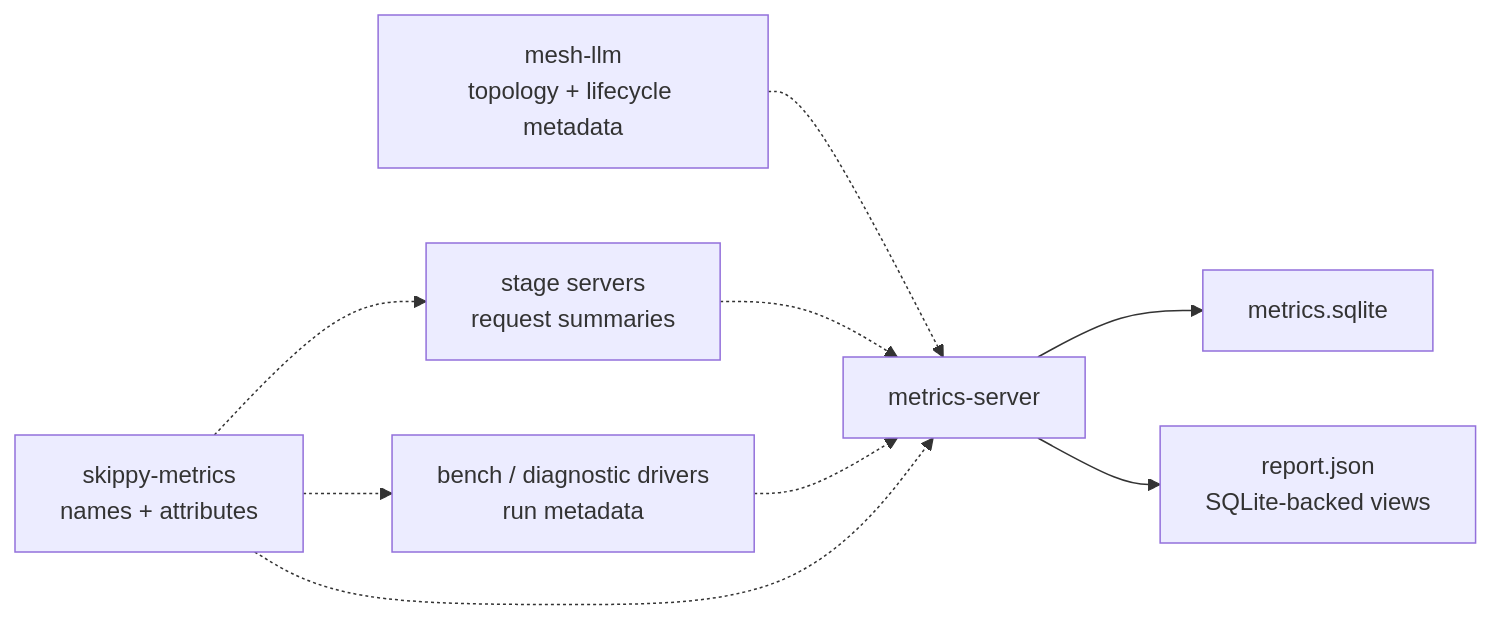
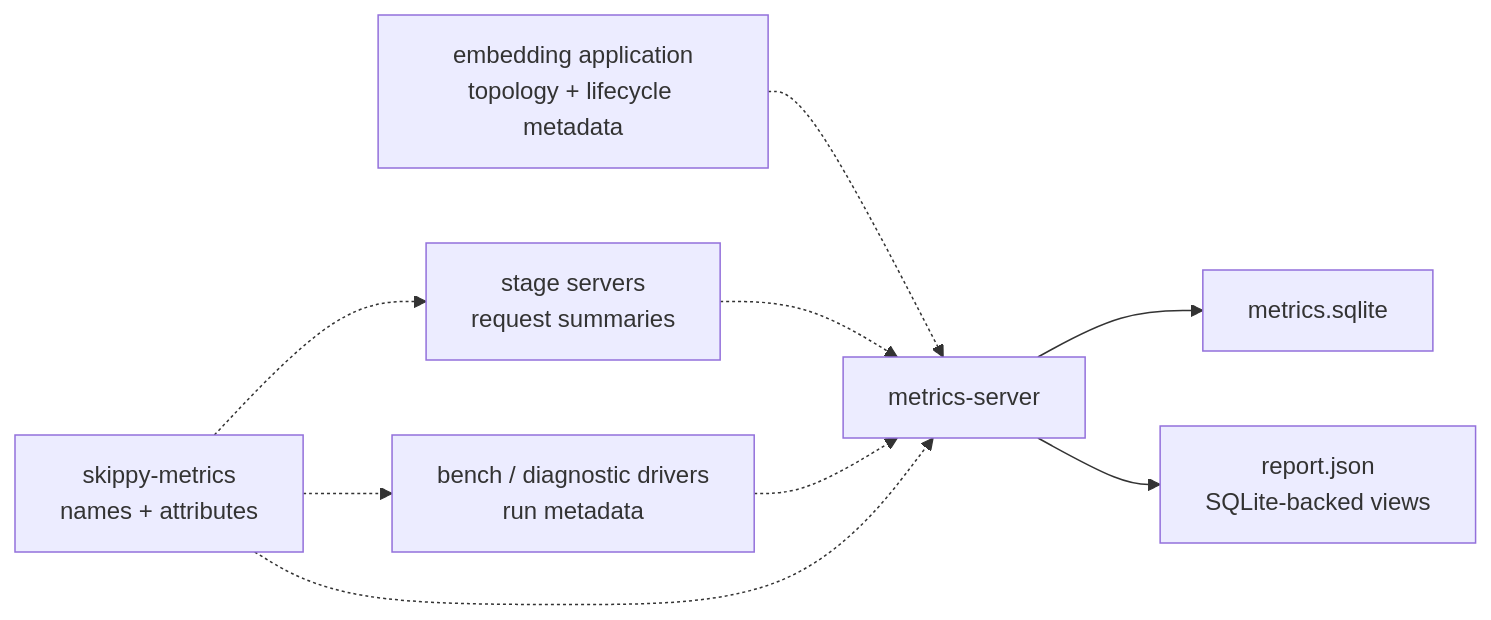
One commit to Mesh-LLM/skippy changed the diagram in crates/skippy-metrics/README.md. Above: the diagram before and after it, drawn with Mermaid. The commit also changed 463 other files, not shown here.

````diff
--- a/crates/skippy-metrics/README.md
+++ b/crates/skippy-metrics/README.md
@@ -15,12 +15,12 @@
 ```mermaid
 flowchart LR
-    Mesh["mesh-llm<br/>topology + lifecycle metadata"] -.-> M["metrics-server"]
+    Host["embedding application<br/>topology + lifecycle metadata"] -.-> M["metrics-server"]
     S0["stage servers<br/>request summaries"] -.-> M
     B["bench / diagnostic drivers<br/>run metadata"] -.-> M
     M --> D["metrics.sqlite"]
     M --> R["report.json<br/>SQLite-backed views"]
 
     V["skippy-metrics<br/>names + attributes"] -.-> S0
     V -.-> B
     V -.-> M
 ```
````
